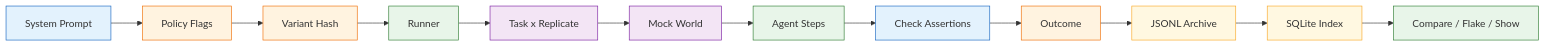
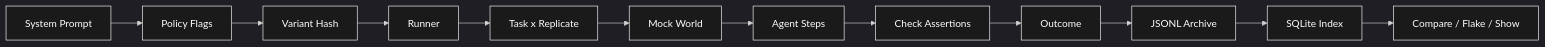
One commit to Mehul-bisht-0/Driftbench--AI-regression-testing-harness changed the tenth of 11 diagrams in README.md. Above: the diagram before and after it, drawn with Mermaid. The commit also changed other lines of this file, not shown here.

````diff
--- a/README.md
+++ b/README.md
@@ -537,27 +546,28 @@
 ```mermaid
+%%{init: {"theme": "dark"}}%%
 flowchart LR
     A["System Prompt"] --> B["Policy Flags"]
     B --> C["Variant Hash"]
     C --> D["Runner"]
     D --> E["Task x Replicate"]
     E --> F["Mock World"]
     F --> G["Agent Steps"]
     G --> H["Check Assertions"]
     H --> I["Outcome"]
     I --> J["JSONL Archive"]
     J --> K["SQLite Index"]
     K --> L["Compare / Flake / Show"]
 
-    style A fill:#e3f2fd,stroke:#1565c0
-    style B fill:#fff3e0,stroke:#ef6c00
-    style C fill:#fff3e0,stroke:#ef6c00
-    style D fill:#e8f5e9,stroke:#2e7d32
-    style E fill:#f3e5f5,stroke:#7b1fa2
-    style F fill:#f3e5f5,stroke:#7b1fa2
-    style G fill:#e8f5e9,stroke:#2e7d32
-    style H fill:#e3f2fd,stroke:#1565c0
-    style I fill:#fff3e0,stroke:#ef6c00
-    style J fill:#fff8e1,stroke:#f9a825
-    style K fill:#fff8e1,stroke:#f9a825
-    style L fill:#e8f5e9,stroke:#2e7d32
+    style A fill:#1a1a1a,stroke:#ffffff,color:#ffffff
+    style B fill:#1a1a1a,stroke:#ffffff,color:#ffffff
+    style C fill:#1a1a1a,stroke:#ffffff,color:#ffffff
+    style D fill:#1a1a1a,stroke:#ffffff,color:#ffffff
+    style E fill:#1a1a1a,stroke:#ffffff,color:#ffffff
+    style F fill:#1a1a1a,stroke:#ffffff,color:#ffffff
+    style G fill:#1a1a1a,stroke:#ffffff,color:#ffffff
+    style H fill:#1a1a1a,stroke:#ffffff,color:#ffffff
+    style I fill:#1a1a1a,stroke:#ffffff,color:#ffffff
+    style J fill:#1a1a1a,stroke:#ffffff,color:#ffffff
+    style K fill:#1a1a1a,stroke:#ffffff,color:#ffffff
+    style L fill:#1a1a1a,stroke:#ffffff,color:#ffffff
 ```
````
